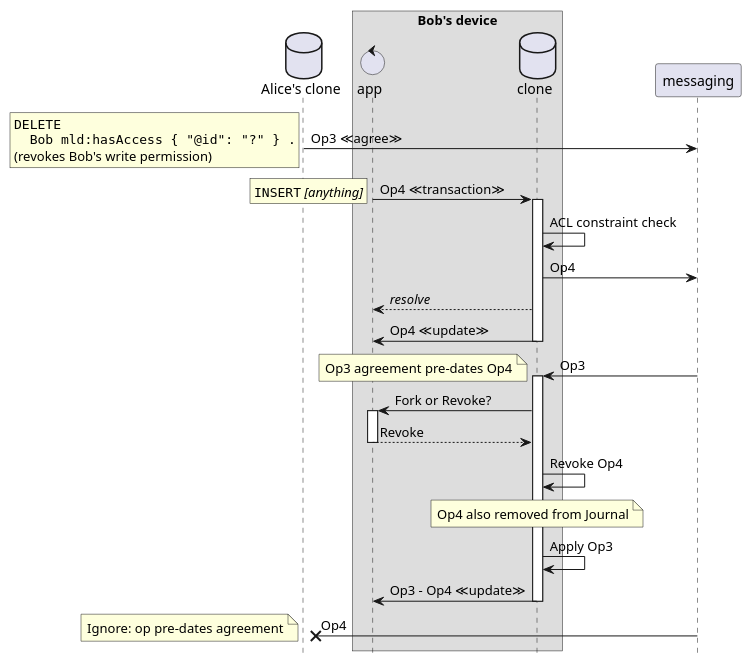
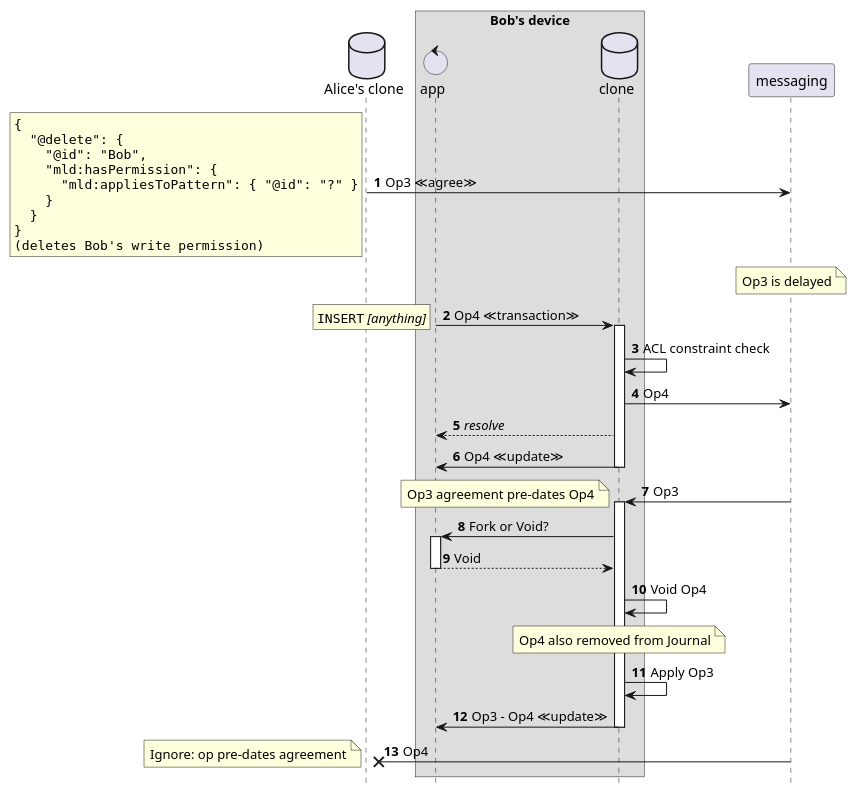
The diagram in design/5-revoke-bob-access.seq.puml (m-ld/m-ld-security-spec), drawn with PlantUML before and after one commit. The commit also changed 24 other files, not shown here.

```diff
--- a/design/5-revoke-bob-access.seq.puml
+++ b/design/5-revoke-bob-access.seq.puml
@@ -1,41 +1,51 @@
 @startuml
 'https://plantuml.com/sequence-diagram
 hide footbox
+autonumber
 
 database "Alice's clone" as genesis
 box Bob's device
 control "app" as proc2
 database "clone" as clone2
 end box
 
 genesis -> messaging: Op3 ≪agree≫
 rnote left
 <code>
-DELETE
-  Bob mld:hasAccess { "@id": "?" } .
-</code>
-(revokes Bob's write permission)
+{
+  "@delete": {
+    "@id": "Bob",
+    "mld:hasPermission": {
+      "mld:appliesToPattern": { "@id": "?" }
+    }
+  }
+}
+(deletes Bob's write permission)
+end note
+
+note over messaging
+Op3 is delayed
 end note
 
 proc2 -> clone2 ++: Op4 ≪transaction≫
 rnote left: ""INSERT"" //[anything]//
 
 clone2 -> clone2: ACL constraint check
 
 clone2 -> messaging: Op4
 clone2 --> proc2: //resolve//
 clone2 -> proc2 --: Op4 ≪update≫
 
 messaging -> clone2 ++: Op3
 note left: Op3 agreement pre-dates Op4
-clone2 -> proc2 ++: Fork or Revoke?
-proc2 --> clone2 --: Revoke
-clone2 -> clone2: Revoke Op4
+clone2 -> proc2 ++: Fork or Void?
+proc2 --> clone2 --: Void
+clone2 -> clone2: Void Op4
 note over clone2: Op4 also removed from Journal
 clone2 -> clone2: Apply Op3
 clone2 -> proc2 --: Op3 - Op4 ≪update≫
 
 messaging -x genesis : Op4
 note left: Ignore: op pre-dates agreement
 
 @enduml
```
